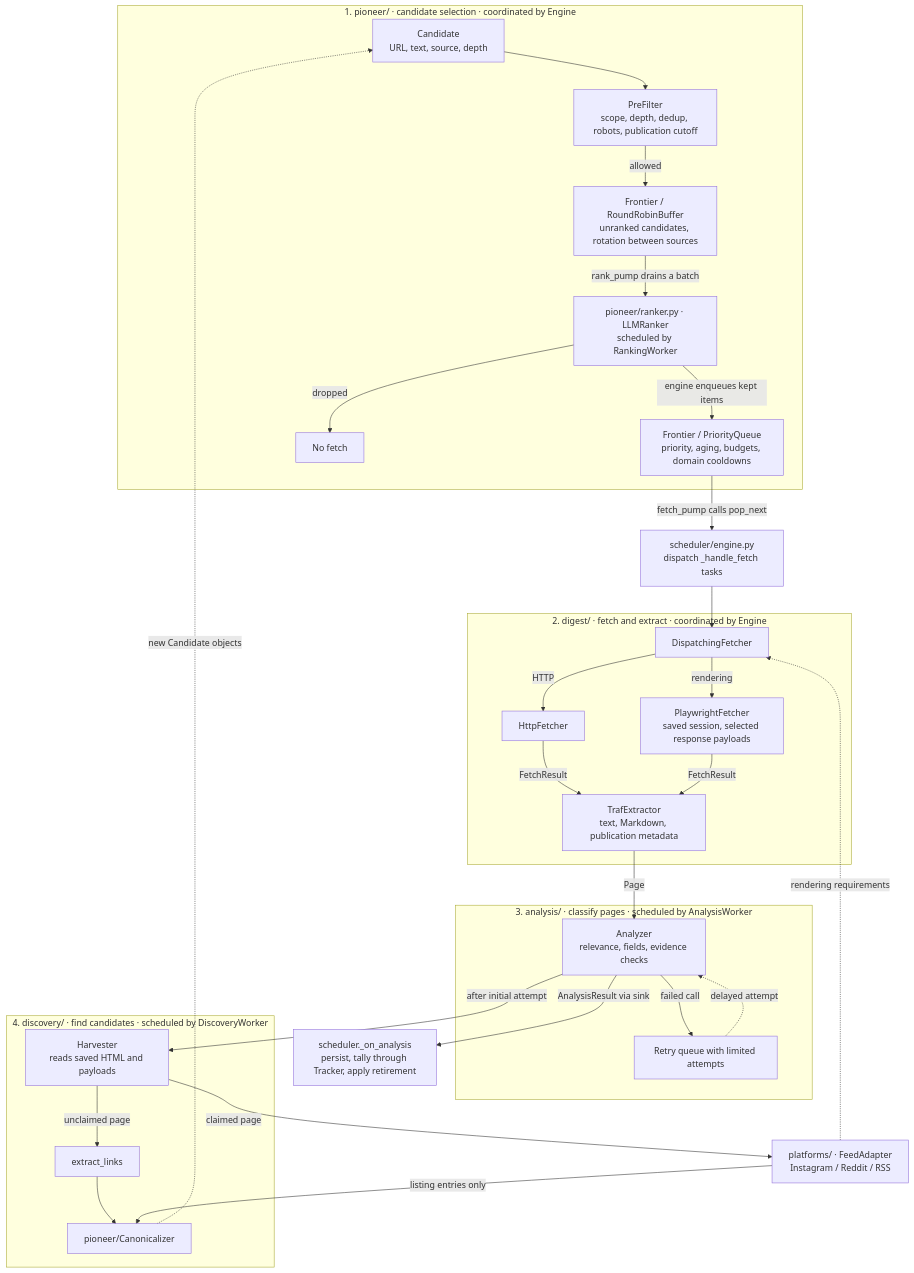
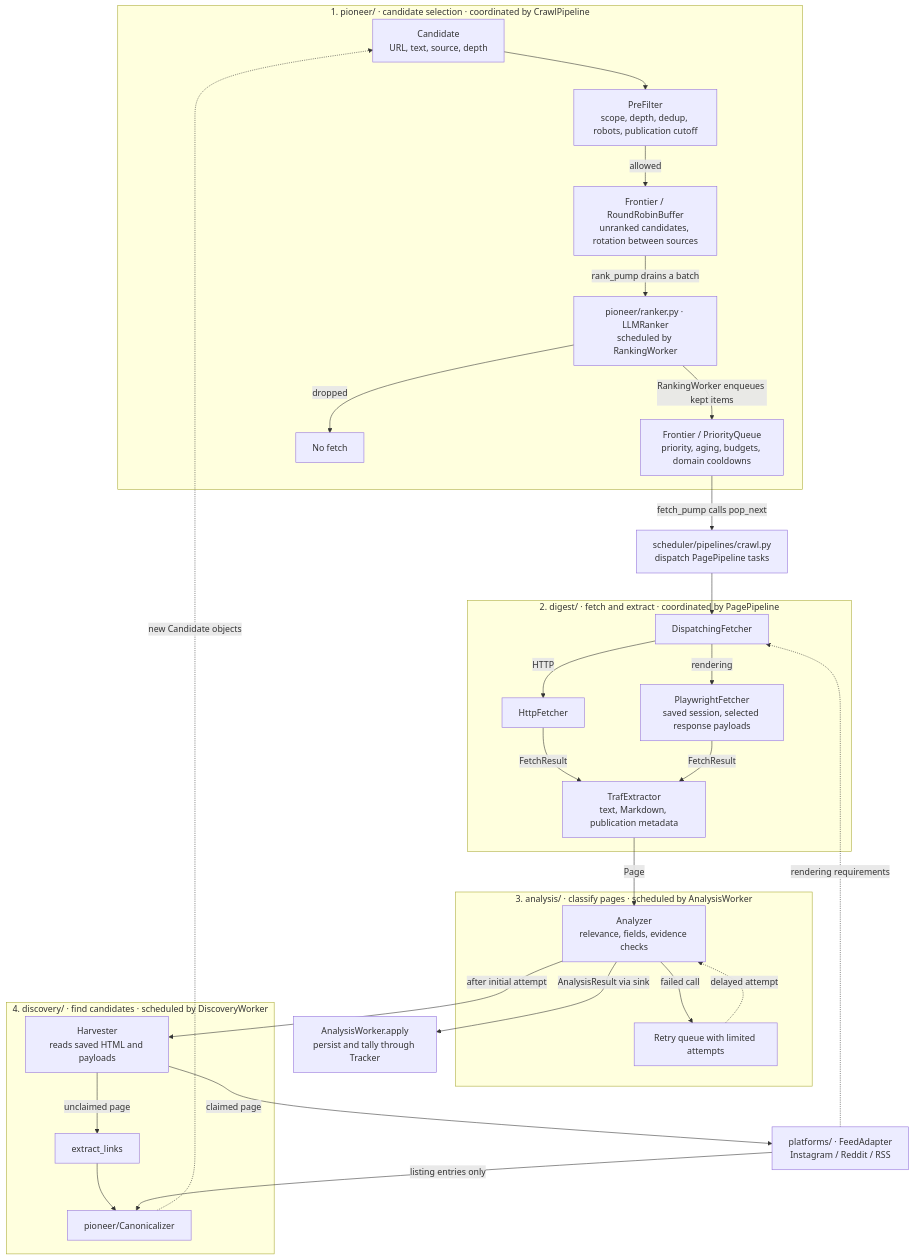
Before and after one commit to shixuan/crawl-me-maybe: the first of 3 diagrams in docs/arch.md, drawn with Mermaid. The commit also changed other lines of this file and 49 other files, not shown here.

Commit message:
refactor(engine): run stages in pipelines

````diff
--- a/docs/arch.md
+++ b/docs/arch.md
@@ -10,41 +10,41 @@
 ```mermaid
 flowchart TB
-    subgraph pioneer["1. pioneer/ · candidate selection · coordinated by Engine"]
+    subgraph pioneer["1. pioneer/ · candidate selection · coordinated by CrawlPipeline"]
         candidates["Candidate<br>URL, text, source, depth"] --> filter["PreFilter<br>scope, depth, dedup, robots, publication cutoff"]
         filter -->|allowed| buffer["Frontier / RoundRobinBuffer<br>unranked candidates, rotation between sources"]
         buffer -->|rank_pump drains a batch| ranker["pioneer/ranker.py · LLMRanker<br>scheduled by RankingWorker"]
-        ranker -->|engine enqueues kept items| queue["Frontier / PriorityQueue<br>priority, aging, budgets, domain cooldowns"]
+        ranker -->|RankingWorker enqueues kept items| queue["Frontier / PriorityQueue<br>priority, aging, budgets, domain cooldowns"]
         ranker -->|dropped| dropped["No fetch"]
     end
 
-    queue -->|fetch_pump calls pop_next| dispatch["scheduler/engine.py<br>dispatch _handle_fetch tasks"]
+    queue -->|fetch_pump calls pop_next| dispatch["scheduler/pipelines/crawl.py<br>dispatch PagePipeline tasks"]
 
-    subgraph digest["2. digest/ · fetch and extract · coordinated by Engine"]
+    subgraph digest["2. digest/ · fetch and extract · coordinated by PagePipeline"]
         fetcher[DispatchingFetcher] -->|HTTP| http[HttpFetcher]
         fetcher -->|rendering| browser["PlaywrightFetcher<br>saved session, selected response payloads"]
         http -->|FetchResult| extractor["TrafExtractor<br>text, Markdown, publication metadata"]
         browser -->|FetchResult| extractor
     end
     dispatch --> fetcher
 
     subgraph analysis["3. analysis/ · classify pages · scheduled by AnalysisWorker"]
         analyzer["Analyzer<br>relevance, fields, evidence checks"]
         analyzer -->|failed call| retry["Retry queue with limited attempts"]
         retry -. delayed attempt .-> analyzer
     end
     extractor -->|Page| analyzer
-    analyzer -->|AnalysisResult via sink| sink["scheduler._on_analysis<br>persist, tally through Tracker, apply retirement"]
+    analyzer -->|AnalysisResult via sink| sink["AnalysisWorker.apply<br>persist and tally through Tracker"]
 
     subgraph discovery["4. discovery/ · find candidates · scheduled by DiscoveryWorker"]
         harvest["Harvester<br>reads saved HTML and payloads"]
         harvest -->|unclaimed page| links[extract_links]
         canonical["pioneer/Canonicalizer"]
         links --> canonical
     end
     adapters["platforms/ · FeedAdapter<br>Instagram / Reddit / RSS"]
     harvest -->|claimed page| adapters
     adapters -->|listing entries only| canonical
     adapters -. rendering requirements .-> fetcher
     analyzer -->|after initial attempt| harvest
     canonical -. new Candidate objects .-> candidates
 ```
````
